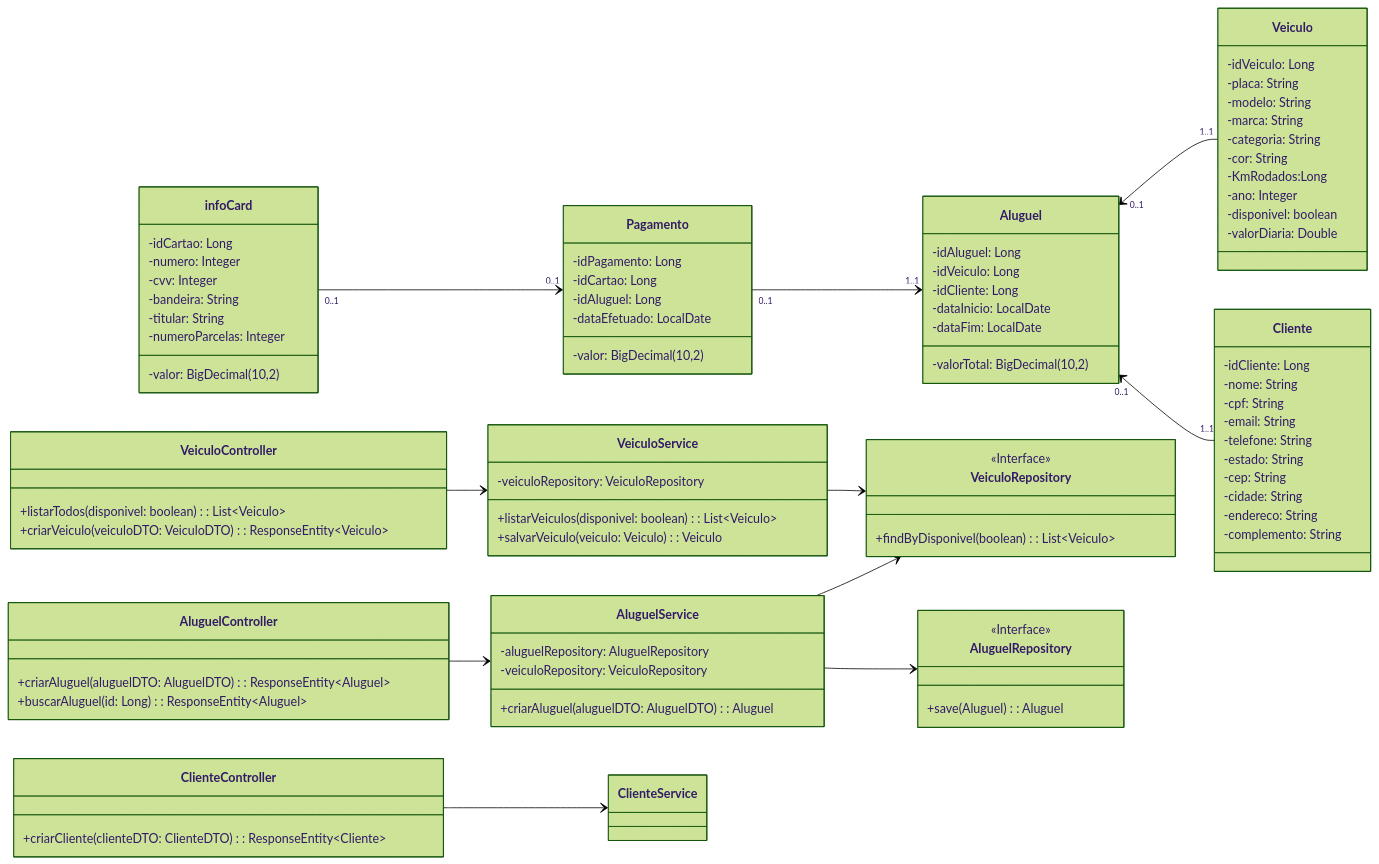
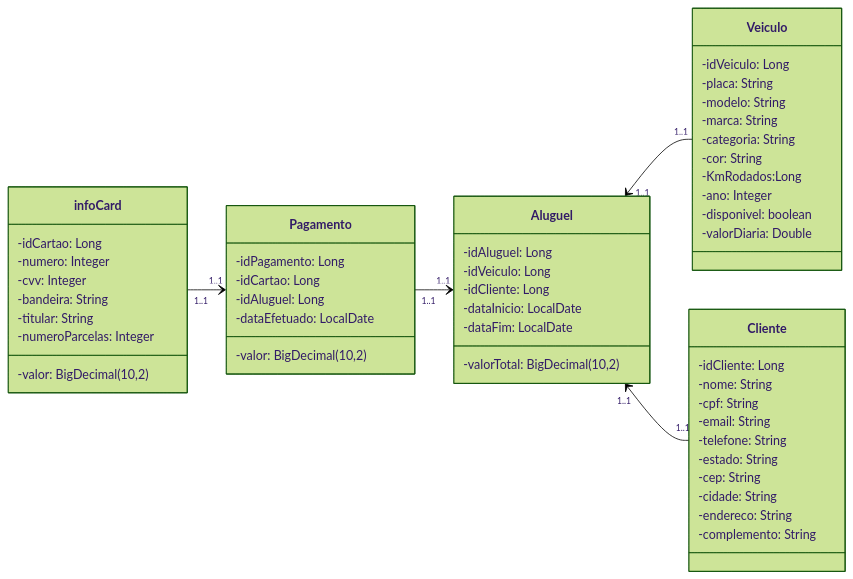
The diagram in README.md (Thiago309/Projeto-1-Api-Rest), drawn with Mermaid (forest theme) before and after one commit.

Commit message:
Correção do Diagrama de Classe.md

````diff
--- a/README.md
+++ b/README.md
@@ -59,51 +59,8 @@
         -dataFim: LocalDate
         -valorTotal: BigDecimal(10,2)
     }
-
-    class VeiculoController {
-        +listarTodos(disponivel: boolean): List~Veiculo~
-        +criarVeiculo(veiculoDTO: VeiculoDTO): ResponseEntity~Veiculo~
-    }
-
-    class ClienteController {
-        +criarCliente(clienteDTO: ClienteDTO): ResponseEntity~Cliente~
-    }
-
-    class AluguelController {
-        +criarAluguel(aluguelDTO: AluguelDTO): ResponseEntity~Aluguel~
-        +buscarAluguel(id: Long): ResponseEntity~Aluguel~
-    }
-
-    class VeiculoService {
-        -veiculoRepository: VeiculoRepository
-        +listarVeiculos(disponivel: boolean): List~Veiculo~
-        +salvarVeiculo(veiculo: Veiculo): Veiculo
-    }
-
-    class AluguelService {
-        -aluguelRepository: AluguelRepository
-        -veiculoRepository: VeiculoRepository
-        +criarAluguel(aluguelDTO: AluguelDTO): Aluguel
-    }
-
-    class VeiculoRepository {
-        <<Interface>>
-        +findByDisponivel(boolean): List~Veiculo~
-    }
-
-    class AluguelRepository {
-        <<Interface>>
-        +save(Aluguel): Aluguel
-    }
-    
-    VeiculoController --> VeiculoService
-    ClienteController --> ClienteService
-    AluguelController --> AluguelService
-    VeiculoService --> VeiculoRepository
-    AluguelService --> AluguelRepository
-    AluguelService --> VeiculoRepository
-    infoCard "0..1" --> "0..1" Pagamento
-    Pagamento "0..1" --> "1..1" Aluguel
-    Aluguel "0..1" <-- "1..1" Veiculo
-    Aluguel "0..1" <-- "1..1" Cliente
+    infoCard "1..1" --> "1..1" Pagamento
+    Pagamento "1..1" --> "1..1" Aluguel
+    Aluguel "1..1" <-- "1..1" Veiculo
+    Aluguel "1..1" <-- "1..1" Cliente
 ```
````
